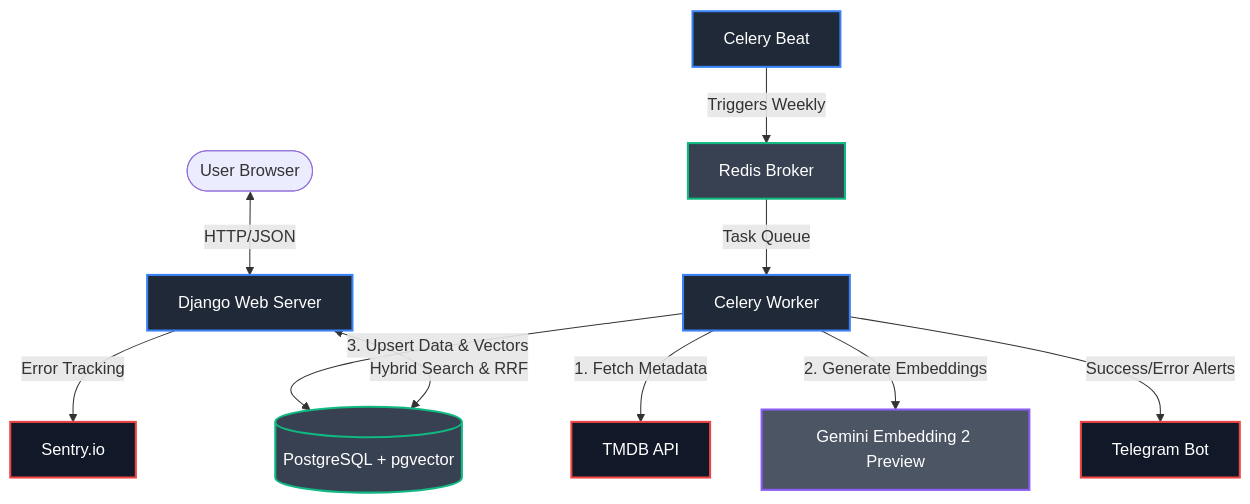
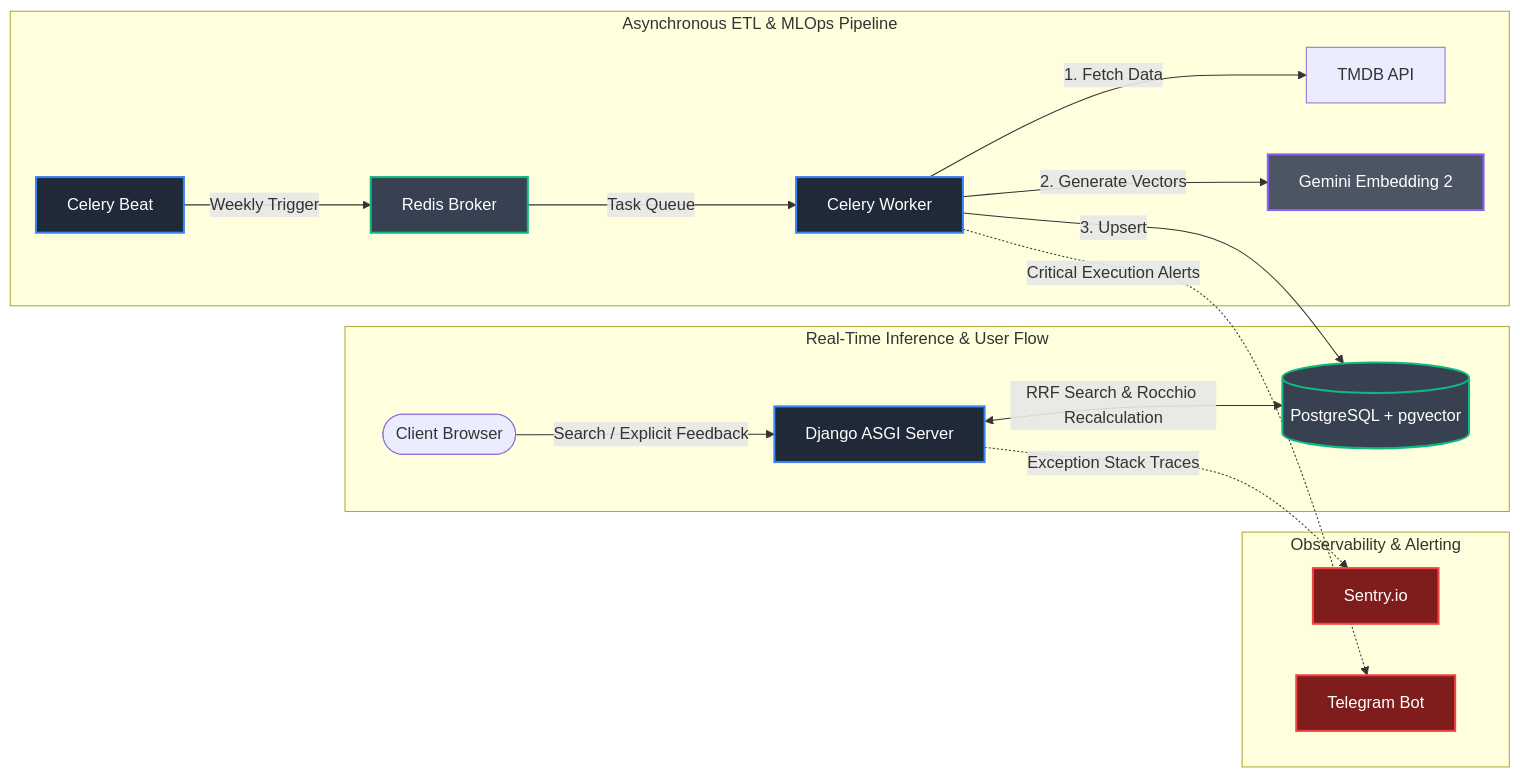
One commit to DanniRodrJ/Semantic-Movie-Recommender changed the diagram in README.md. Above: the diagram before and after it, drawn with Mermaid. The commit also changed other lines of this file, not shown here.

Commit message:
docs: update system architecture

````diff
--- a/README.md
+++ b/README.md
@@ -9,32 +9,30 @@
 ```mermaid
-graph TD
-    %% User Interaction
-    Client([User Browser]) <-->|HTTP/JSON| Uvicorn[Django Web Server]
-    
-    %% Core Backend
-    Uvicorn <-->|Hybrid Search & RRF| DB[(PostgreSQL + pgvector)]
-    
-    %% Async MLOps Pipeline
-    Cron[Celery Beat] -->|Triggers Weekly| Redis[Redis Broker]
-    Redis -->|Task Queue| Worker[Celery Worker]
-    
-    %% Worker External Calls
-    Worker -->|1. Fetch Metadata| TMDB[TMDB API]
-    Worker -->|2. Generate Embeddings| Gemini[Gemini Embedding 2 Preview]
-    Worker -->|3. Upsert Data & Vectors| DB
-    
-    %% Observability
-    Worker -->|Success/Error Alerts| Telegram[Telegram Bot]
-    Uvicorn -->|Error Tracking| Sentry[Sentry.io]
-    
-    %% Styling
+graph LR
+    subgraph "Real-Time Inference & User Flow"
+        User([Client Browser]) -->|Search / Explicit Feedback| Web[Django ASGI Server]
+        Web <-->|RRF Search & Rocchio Recalculation| DB[(PostgreSQL + pgvector)]
+    end
+
+    subgraph "Asynchronous ETL & MLOps Pipeline"
+        Beat[Celery Beat] -->|Weekly Trigger| Broker[Redis Broker]
+        Broker -->|Task Queue| Worker[Celery Worker]
+        Worker -->|1. Fetch Data| TMDB[TMDB API]
+        Worker -->|2. Generate Vectors| Gemini[Gemini Embedding 2]
+        Worker -->|3. Upsert| DB
+    end
+
+    subgraph "Observability & Alerting"
+        Web -.->|Exception Stack Traces| Sentry[Sentry.io]
+        Worker -.->|Critical Execution Alerts| Telegram[Telegram Bot]
+    end
+
     classDef primary fill:#1f2937,stroke:#3b82f6,stroke-width:2px,color:#fff;
     classDef secondary fill:#374151,stroke:#10b981,stroke-width:2px,color:#fff;
     classDef ai fill:#4b5563,stroke:#8b5cf6,stroke-width:2px,color:#fff;
-    classDef external fill:#111827,stroke:#ef4444,stroke-width:2px,color:#fff;
+    classDef alert fill:#7f1d1d,stroke:#ef4444,stroke-width:2px,color:#fff;
 
-    class Uvicorn,Cron,Worker primary;
-    class DB,Redis secondary;
+    class Web,Worker,Beat primary;
+    class DB,Broker secondary;
     class Gemini ai;
-    class TMDB,Telegram,Sentry external;
+    class Sentry,Telegram alert;
 ```
````
